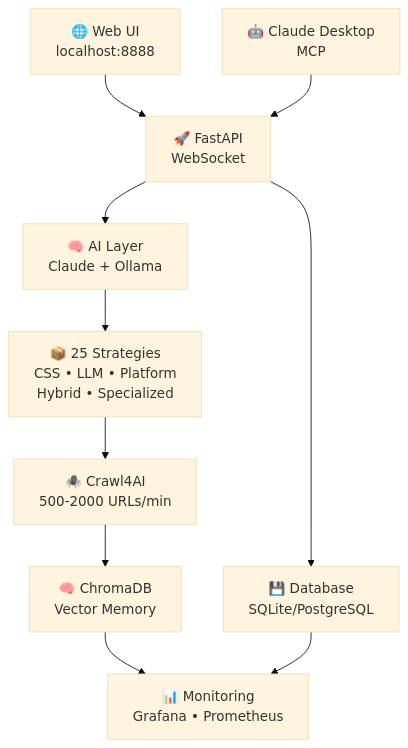
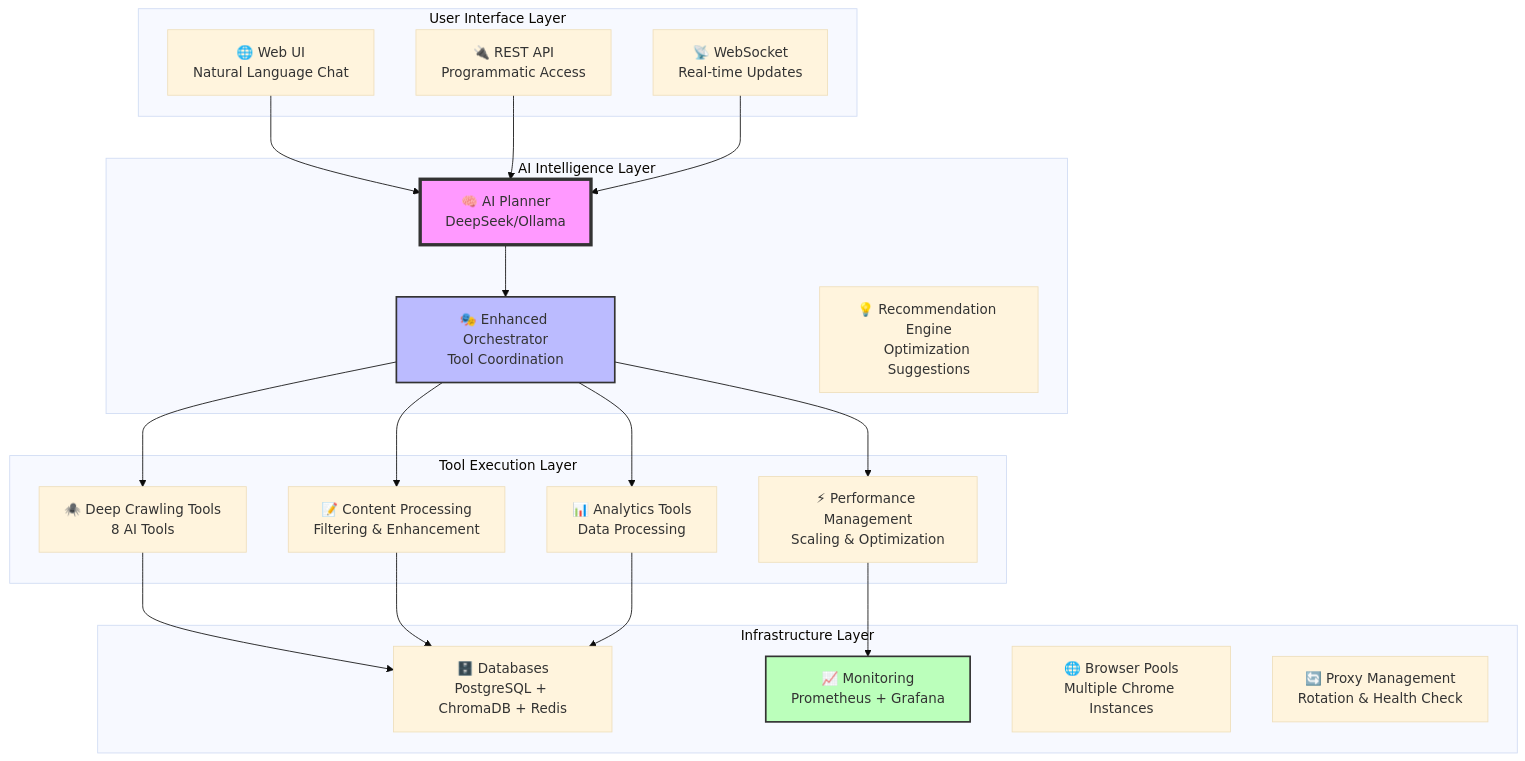
Before and after one commit to nidalhaddad1234/intelligent-crawl4ai-agent: the diagram in README.md, drawn with Mermaid (base theme). The commit also changed other lines of this file and 128 other files, not shown here.

````diff
--- a/README.md
+++ b/README.md
@@ -44,22 +80,45 @@
 ```mermaid
 graph TB
-    WebUI["🌐 Web UI<br/>localhost:8888"]
-    MCP["🤖 Claude Desktop<br/>MCP"]
-    API["🚀 FastAPI<br/>WebSocket"]
-    AI["🧠 AI Layer<br/>Claude + Ollama"]
-    DB["💾 Database<br/>SQLite/PostgreSQL"]
-    Strat["📦 25 Strategies<br/>CSS • LLM • Platform<br/>Hybrid • Specialized"]
-    Engine["🕷️ Crawl4AI<br/>500-2000 URLs/min"]
-    Memory["🧠 ChromaDB<br/>Vector Memory"]
-    Monitor["📊 Monitoring<br/>Grafana • Prometheus"]
+    subgraph "User Interface Layer"
+        WebUI["🌐 Web UI<br/>Natural Language Chat"]
+        API["🔌 REST API<br/>Programmatic Access"]
+        WS["📡 WebSocket<br/>Real-time Updates"]
+    end
     
-    WebUI --> API
-    MCP --> API
-    API --> AI
-    API --> DB
-    AI --> Strat
-    Strat --> Engine
-    Engine --> Memory
-    Memory --> Monitor
-    DB --> Monitor
+    subgraph "AI Intelligence Layer"
+        Planner["🧠 AI Planner<br/>DeepSeek/Ollama"]
+        Orchestrator["🎭 Enhanced Orchestrator<br/>Tool Coordination"]
+        Recommender["💡 Recommendation Engine<br/>Optimization Suggestions"]
+    end
+    
+    subgraph "Tool Execution Layer"
+        Crawler["🕷️ Deep Crawling Tools<br/>8 AI Tools"]
+        Content["📝 Content Processing<br/>Filtering & Enhancement"]
+        Performance["⚡ Performance Management<br/>Scaling & Optimization"]
+        Analytics["📊 Analytics Tools<br/>Data Processing"]
+    end
+    
+    subgraph "Infrastructure Layer"
+        DB["🗄️ Databases<br/>PostgreSQL + ChromaDB + Redis"]
+        Monitor["📈 Monitoring<br/>Prometheus + Grafana"]
+        Browsers["🌐 Browser Pools<br/>Multiple Chrome Instances"]
+        Proxies["🔄 Proxy Management<br/>Rotation & Health Check"]
+    end
+    
+    WebUI --> Planner
+    API --> Planner
+    WS --> Planner
+    Planner --> Orchestrator
+    Orchestrator --> Crawler
+    Orchestrator --> Content
+    Orchestrator --> Performance
+    Orchestrator --> Analytics
+    Crawler --> DB
+    Content --> DB
+    Performance --> Monitor
+    Analytics --> DB
+    
+    style Planner fill:#f9f,stroke:#333,stroke-width:4px
+    style Orchestrator fill:#bbf,stroke:#333,stroke-width:2px
+    style Monitor fill:#bfb,stroke:#333,stroke-width:2px
 ```
````
